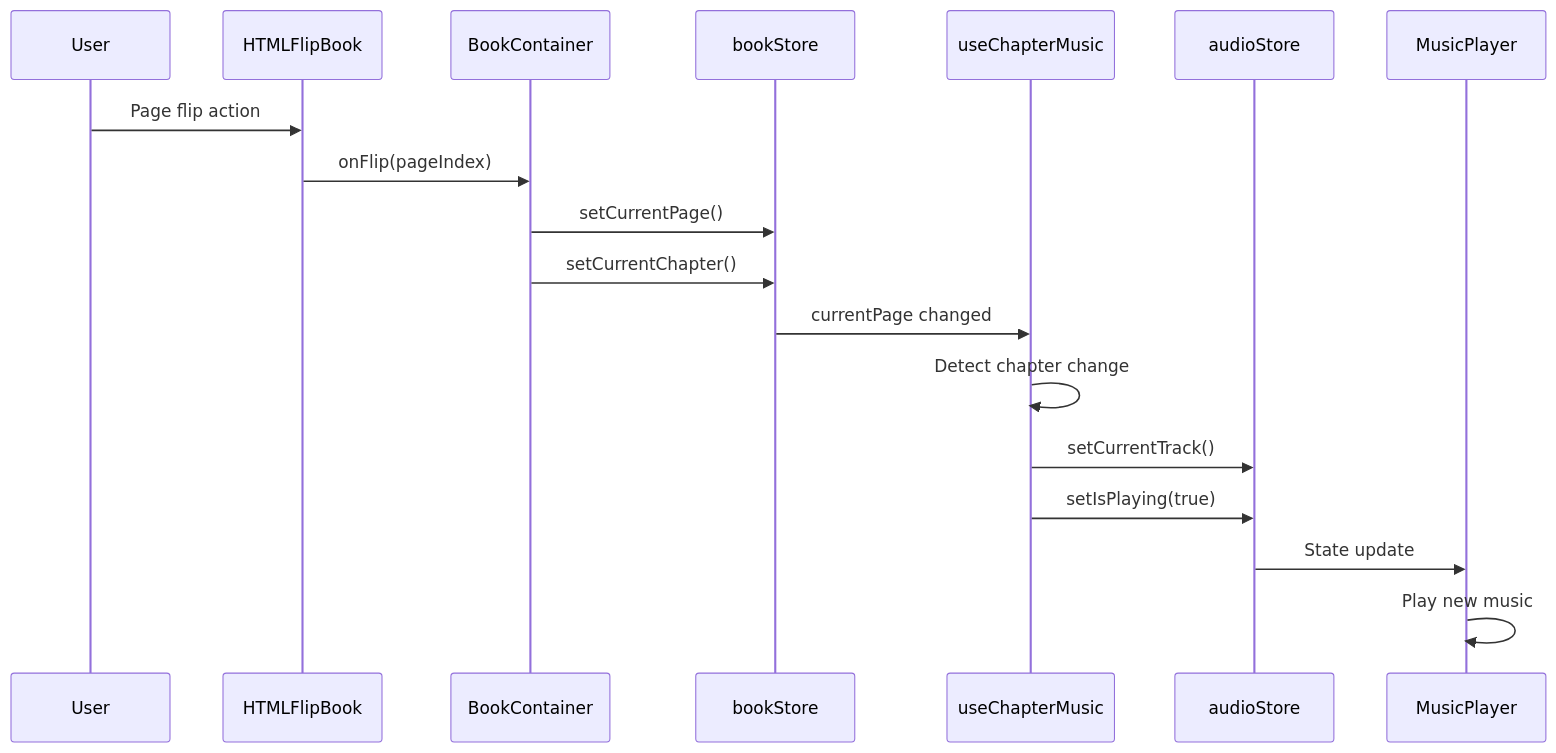
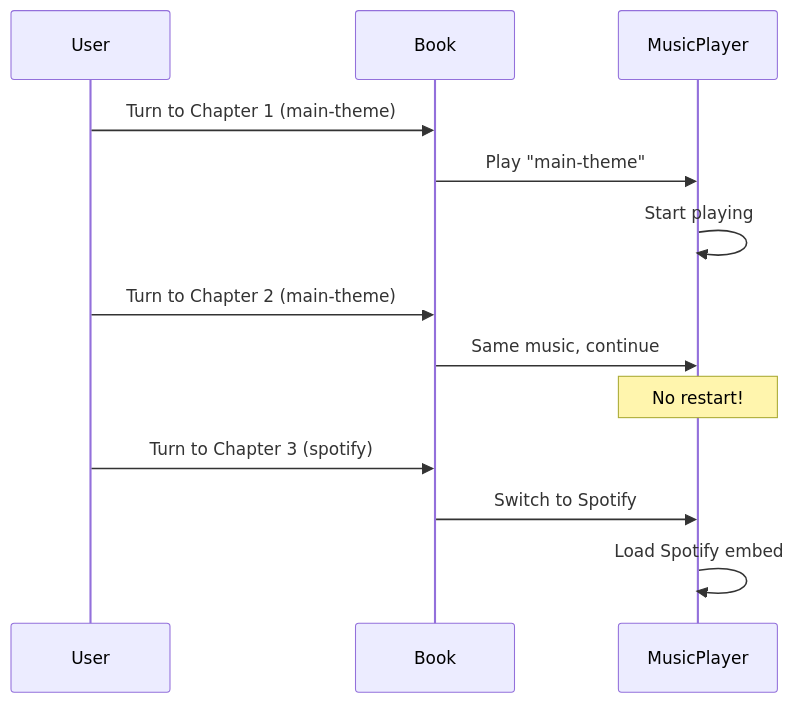
One commit to ChanMeng666/chan-meng-novel-web changed the third of 6 diagrams in README.md. Above: the diagram before and after it, drawn with Mermaid. The commit also changed other lines of this file and 1 other file, not shown here.

First line of the commit message:
docs: rebrand as universal e-book template with comprehensive tutorials

````diff
--- a/README.md
+++ b/README.md
@@ -132,23 +277,18 @@
 ```mermaid
 sequenceDiagram
     participant User
-    participant HP as HTMLFlipBook
-    participant BC as BookContainer
-    participant BS as bookStore
-    participant UCM as useChapterMusic
-    participant AS as audioStore
-    participant MP as MusicPlayer
+    participant Book
+    participant MusicPlayer
 
-    User->>HP: Page flip action
-    HP->>BC: onFlip(pageIndex)
-    BC->>BS: setCurrentPage()
-    BC->>BS: setCurrentChapter()
+    User->>Book: Turn to Chapter 1 (main-theme)
+    Book->>MusicPlayer: Play "main-theme"
+    MusicPlayer->>MusicPlayer: Start playing
 
-    BS->>UCM: currentPage changed
-    UCM->>UCM: Detect chapter change
-    UCM->>AS: setCurrentTrack()
-    UCM->>AS: setIsPlaying(true)
+    User->>Book: Turn to Chapter 2 (main-theme)
+    Book->>MusicPlayer: Same music, continue
+    Note over MusicPlayer: No restart!
 
-    AS->>MP: State update
-    MP->>MP: Play new music
+    User->>Book: Turn to Chapter 3 (spotify)
+    Book->>MusicPlayer: Switch to Spotify
+    MusicPlayer->>MusicPlayer: Load Spotify embed
 ```
````
